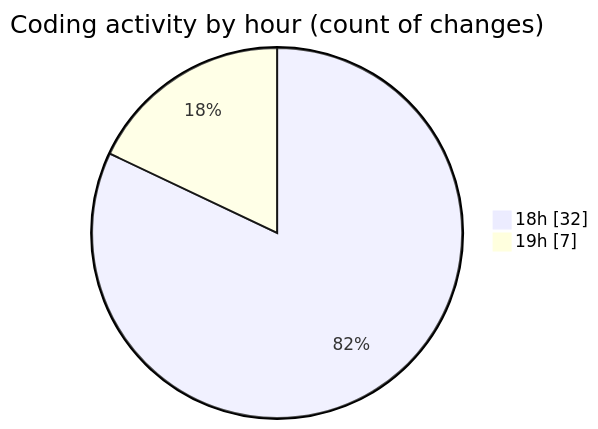
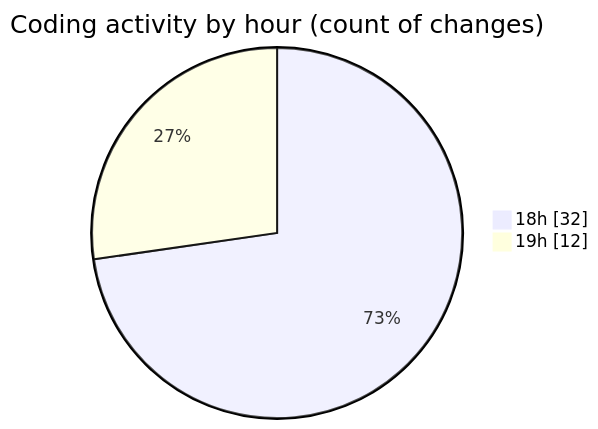
The second of 2 diagrams in 2025-03-20/back-end/README.md (Netris89/code-tracking), drawn with Mermaid before and after one commit. The commit also changed other lines of this file and 1 other file, not shown here.

````diff
--- a/2025-03-20/back-end/README.md
+++ b/2025-03-20/back-end/README.md
@@ -33,6 +33,6 @@
 ```mermaid
 pie showData
 title Coding activity by hour (count of changes)
 "18h" : 32
-"19h" : 7
+"19h" : 12
 ```
````
